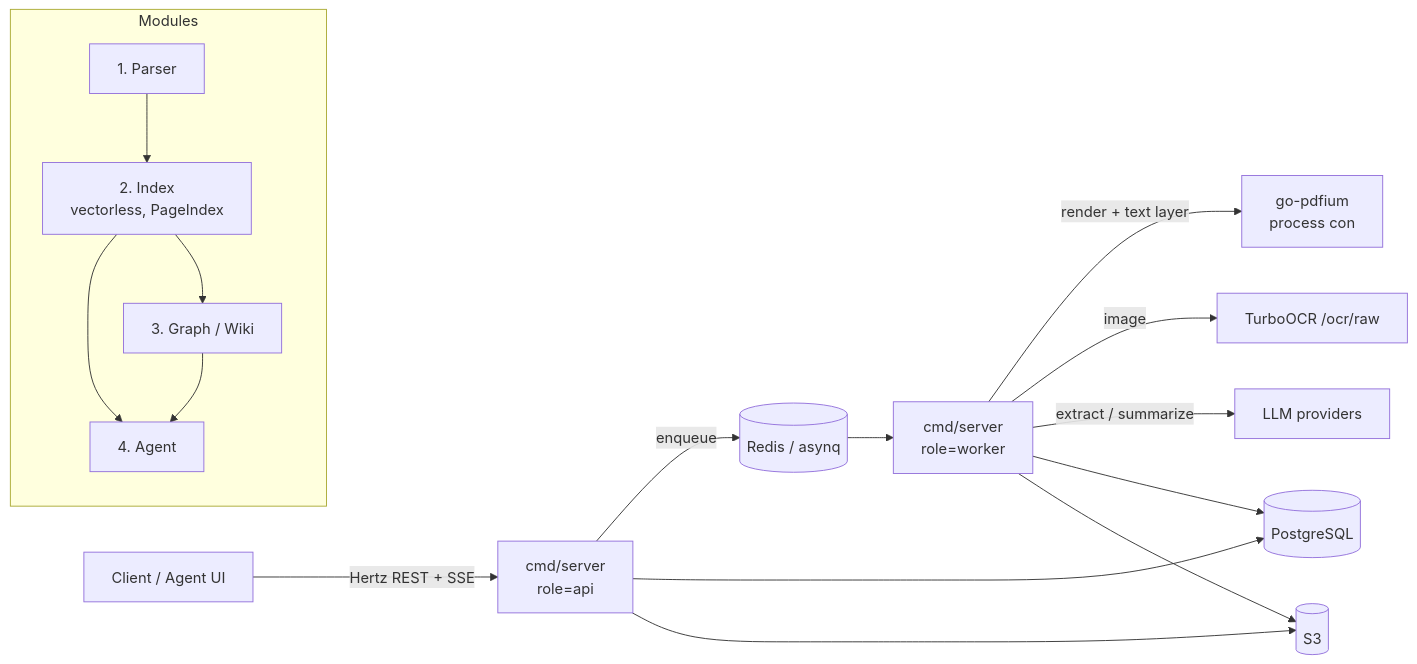
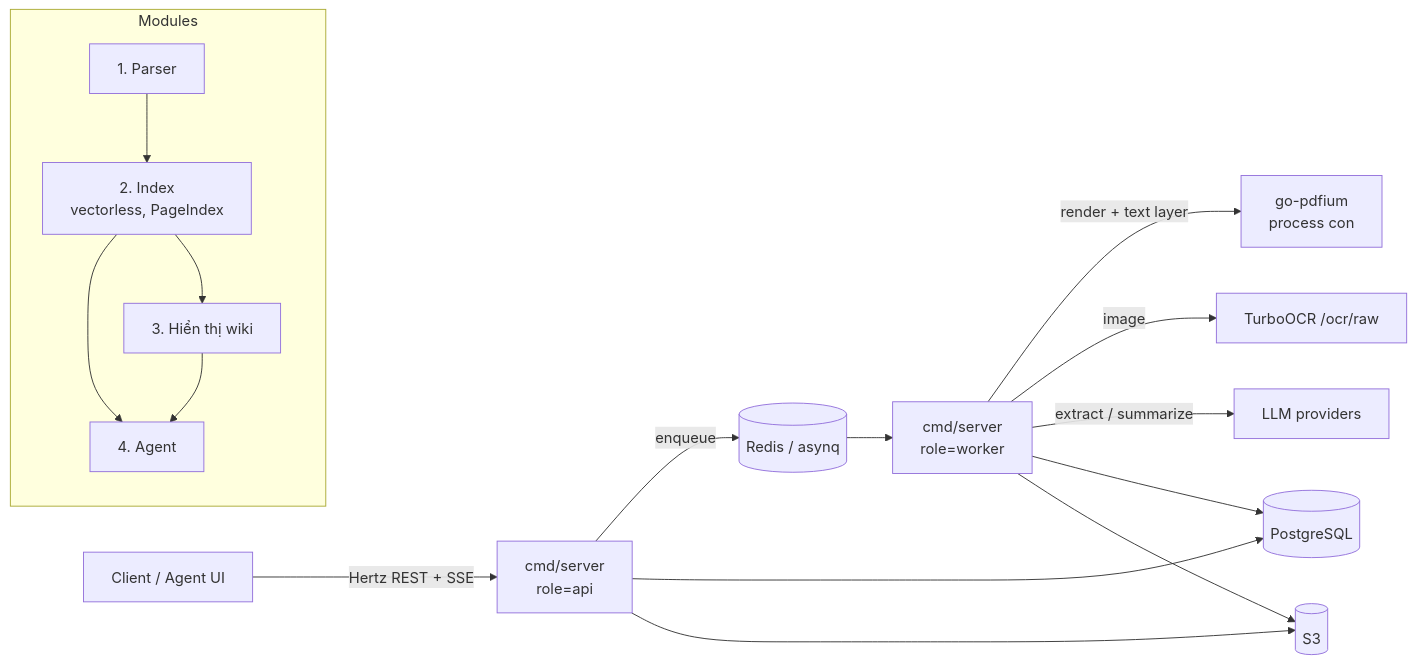
One commit to thanhbgtnut/bepaylot changed the first of 3 diagrams in spec/spec.md. Above: the diagram before and after it, drawn with Mermaid. The commit also changed other lines of this file and 180 other files, not shown here.

````diff
--- a/spec/spec.md
+++ b/spec/spec.md
@@ -75,21 +110,21 @@
 ```mermaid
 flowchart LR
   U[Client / Agent UI] -->|Hertz REST + SSE| API[cmd/server<br/>role=api]
   API -->|enqueue| R[(Redis / asynq)]
   API --> PG[(PostgreSQL)]
   API --> OS[(S3)]
 
   R --> W[cmd/server<br/>role=worker]
   W -->|render + text layer| PDF[go-pdfium<br/>process con]
   W -->|image| OCR[TurboOCR /ocr/raw]
   W -->|extract / summarize| LLM[LLM providers]
   W --> PG
   W --> OS
 
   subgraph Modules
     M1[1. Parser] --> M2[2. Index<br/>vectorless, PageIndex]
-    M2 --> M3[3. Graph / Wiki]
+    M2 --> M3[3. Hiển thị wiki]
     M2 --> M4[4. Agent]
     M3 --> M4
   end
 ```
````
